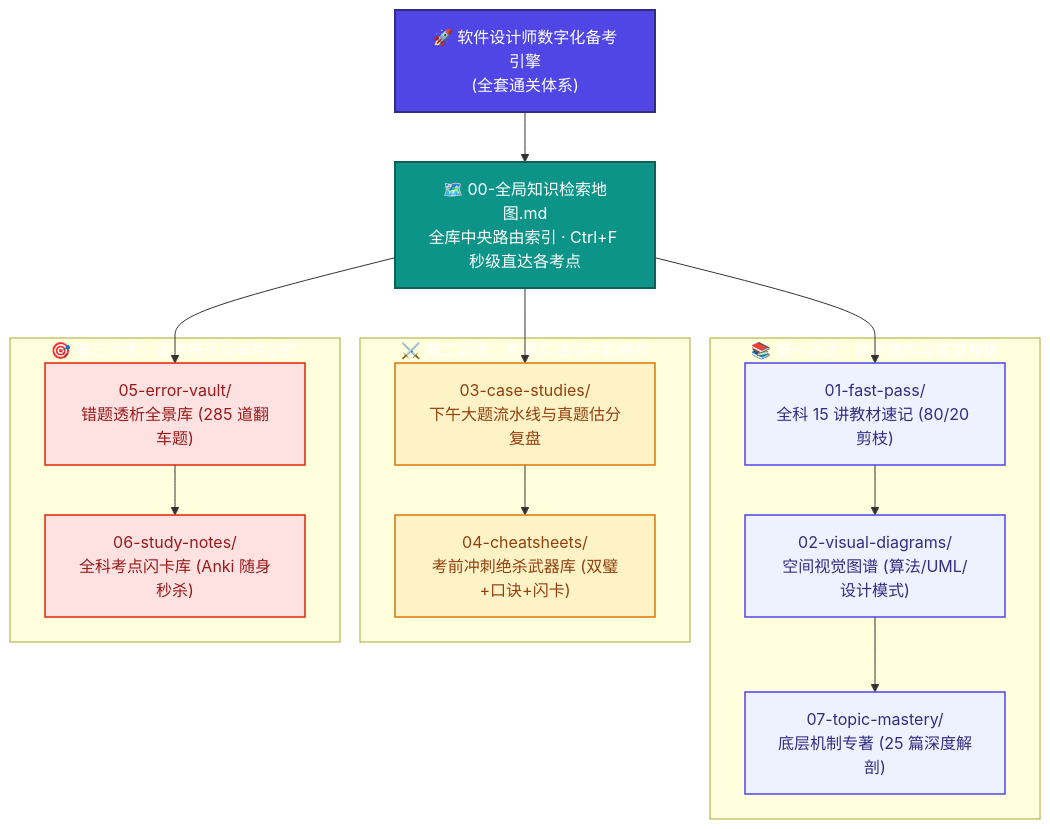
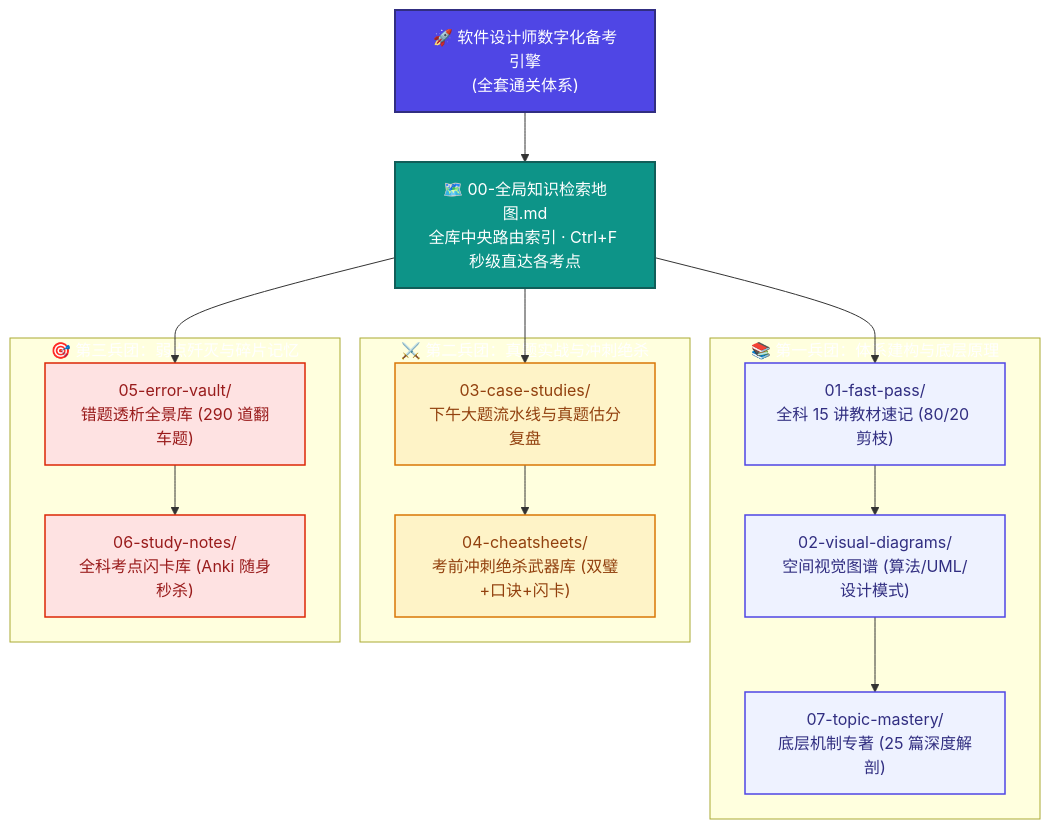
One commit to cpsa3/software-designer-fast-pass changed the diagram in README.md. Above: the diagram before and after it, drawn with Mermaid. The commit also changed other lines of this file and 2 other files, not shown here.

Commit message:
docs(error-vault): 归档错题286~290(快排顺序存储/希尔不稳定/喷泉模型/OO模板测试/DFD分层细节)

````diff
--- a/README.md
+++ b/README.md
@@ -70,36 +70,36 @@
 ```mermaid
 flowchart TD
     classDef root fill:#4F46E5,stroke:#312E81,stroke-width:2px,color:#fff
     classDef hub fill:#0D9488,stroke:#115E59,stroke-width:2px,color:#fff
     classDef base fill:#EEF2FF,stroke:#4F46E5,stroke-width:1.5px,color:#312E81
     classDef exam fill:#FEF3C7,stroke:#D97706,stroke-width:1.5px,color:#92400E
     classDef vault fill:#FEE2E2,stroke:#DC2706,stroke-width:1.5px,color:#991B1B
 
     Root["🚀 软件设计师数字化备考引擎<br>(全套通关体系)"]:::root
     Map["🗺️ 00-全局知识检索地图.md<br>全库中央路由索引 · Ctrl+F 秒级直达各考点"]:::hub
 
     Root --> Map
 
     subgraph G1["📚 第一兵团：体系建构与底层原理"]
         M1["01-fast-pass/<br>全科 15 讲教材速记 (80/20 剪枝)"]:::base
         M2["02-visual-diagrams/<br>空间视觉图谱 (算法/UML/设计模式)"]:::base
         M7["07-topic-mastery/<br>底层机制专著 (25 篇深度解剖)"]:::base
         M1 --> M2 --> M7
     end
 
     subgraph G2["⚔️ 第二兵团：真题实战与冲刺绝杀"]
         M3["03-case-studies/<br>下午大题流水线与真题估分复盘"]:::exam
         M4["04-cheatsheets/<br>考前冲刺绝杀武器库 (双璧+口诀+闪卡)"]:::exam
         M3 --> M4
     end
 
     subgraph G3["🎯 第三兵团：弱点歼灭与碎片记忆"]
-        M5["05-error-vault/<br>错题透析全景库 (285 道翻车题)"]:::vault
+        M5["05-error-vault/<br>错题透析全景库 (290 道翻车题)"]:::vault
         M6["06-study-notes/<br>全科考点闪卡库 (Anki 随身秒杀)"]:::vault
         M5 --> M6
     end
 
     Map --> M1
     Map --> M3
     Map --> M5
 ```
````
